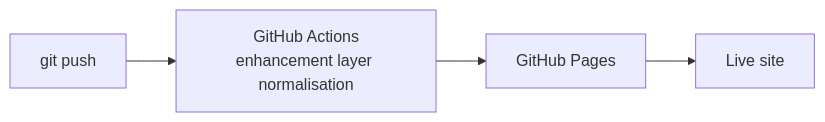
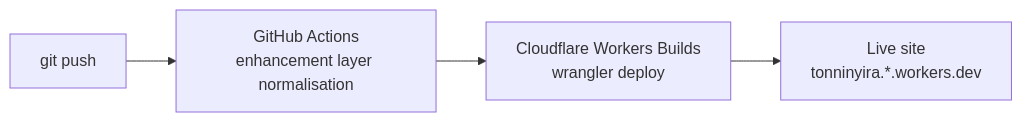
Before and after one commit to SpeakPower-commits/tonninyira: the fourth of 4 diagrams in docs/ARCHITECTURE.md, drawn with Mermaid. The commit also changed other lines of this file and 7 other files, not shown here.

First line of the commit message:
Host on Cloudflare Workers instead of GitHub Pages

````diff
--- a/docs/ARCHITECTURE.md
+++ b/docs/ARCHITECTURE.md
@@ -240,6 +240,6 @@
 ```mermaid
 flowchart LR
   A["git push"] --> B["GitHub Actions<br/>enhancement layer normalisation"]
-  B --> C["GitHub Pages"]
-  C --> D["Live site"]
+  B --> C["Cloudflare Workers Builds<br/>wrangler deploy"]
+  C --> D["Live site<br/>tonninyira.*.workers.dev"]
 ```
````
